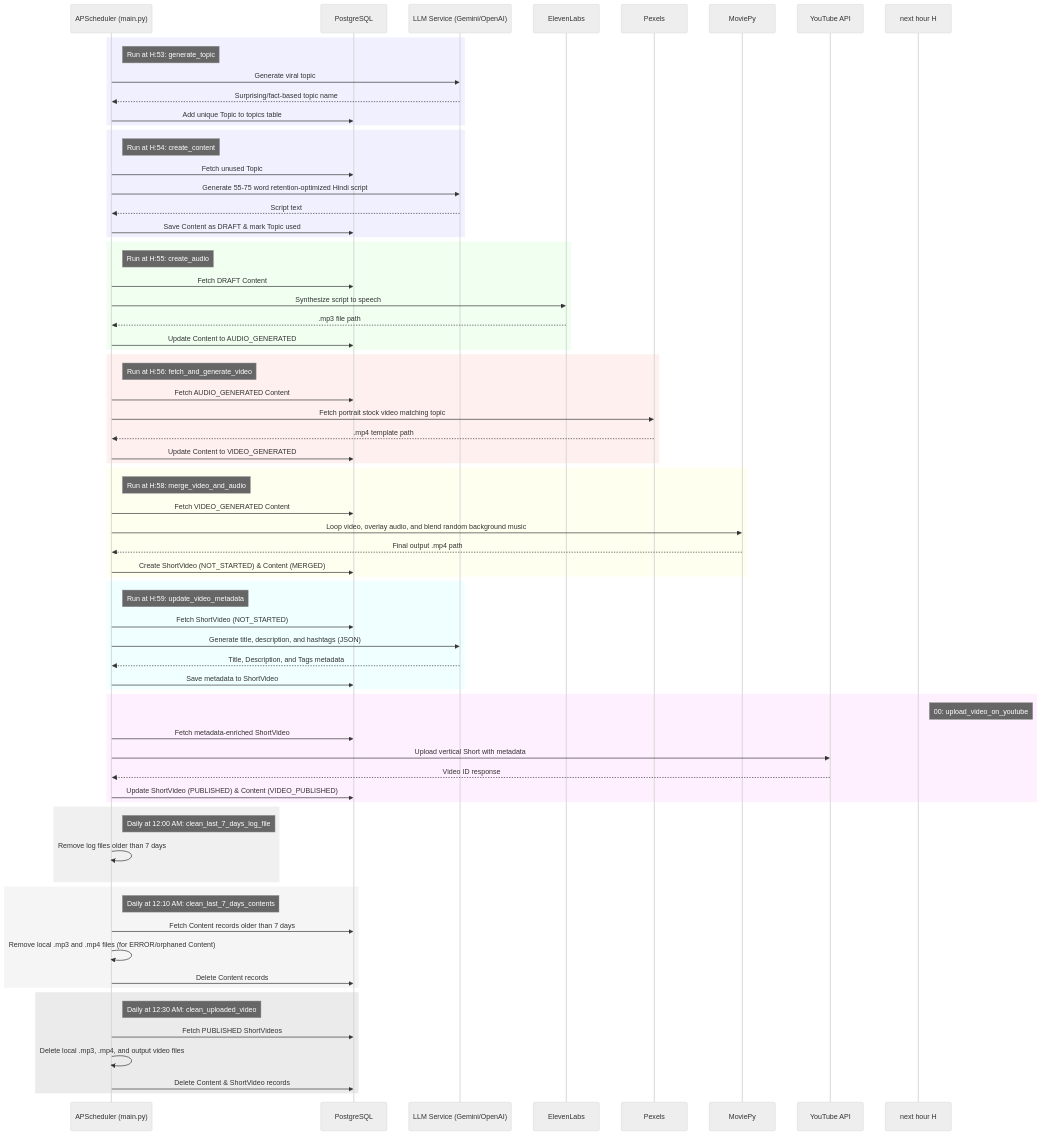
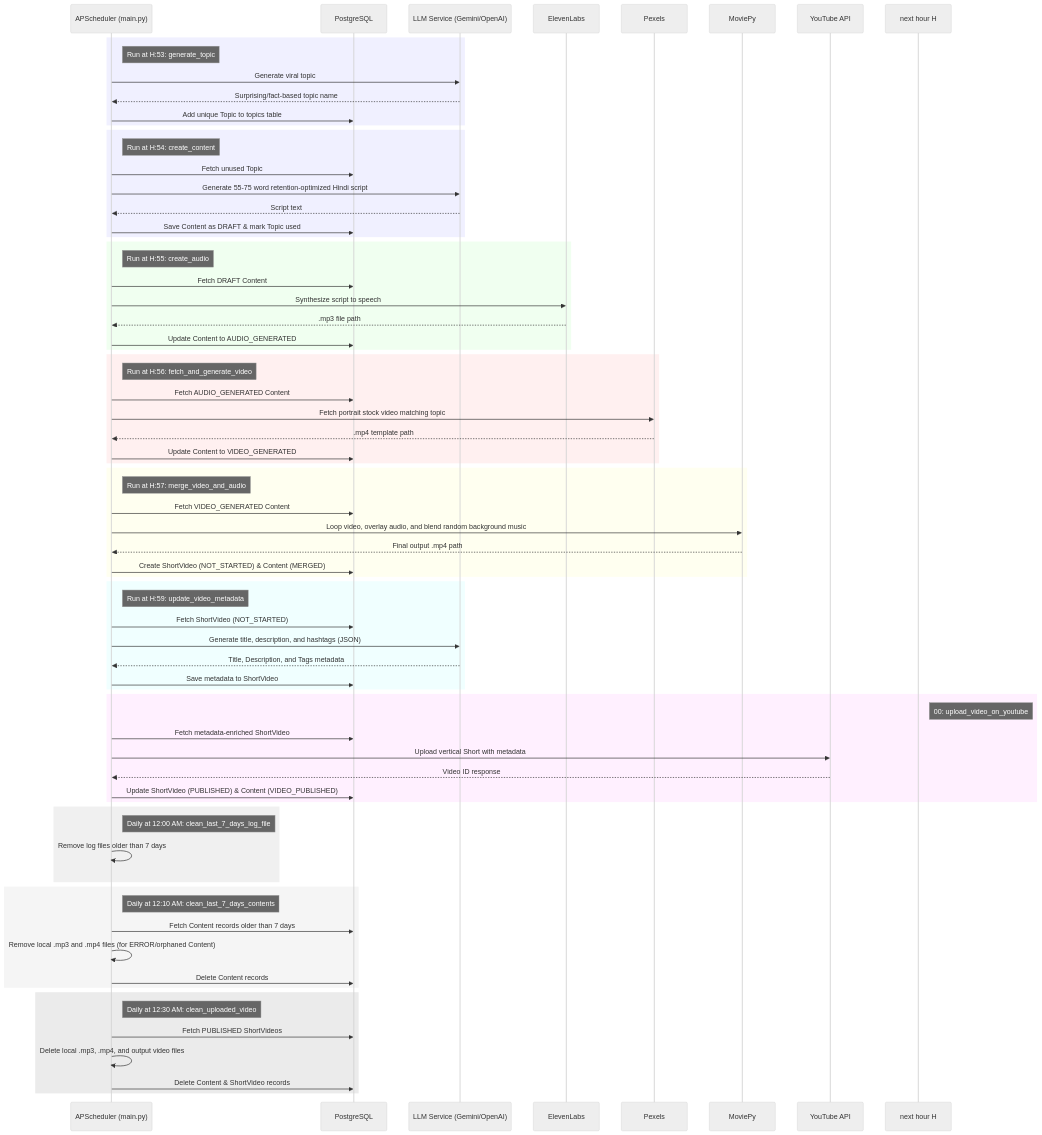
The second of 2 diagrams in README.md (indvx/dg_shorts_ai), drawn with Mermaid (neutral theme) before and after one commit. The commit also changed other lines of this file and 1 other file, not shown here.

Commit message:
refactor: reorganize project structure into domain-specific services and remove redundant video_merge service file

```diff
--- a/README.md
+++ b/README.md
@@ -397,7 +425,7 @@
     end
 
     rect rgb(255, 255, 240)
-    note right of S: Run at H:58: merge_video_and_audio
+    note right of S: Run at H:57: merge_video_and_audio
     S->>DB: Fetch VIDEO_GENERATED Content
     S->>MV: Loop video, overlay audio, and blend random background music
     MV-->>S: Final output .mp4 path
```
